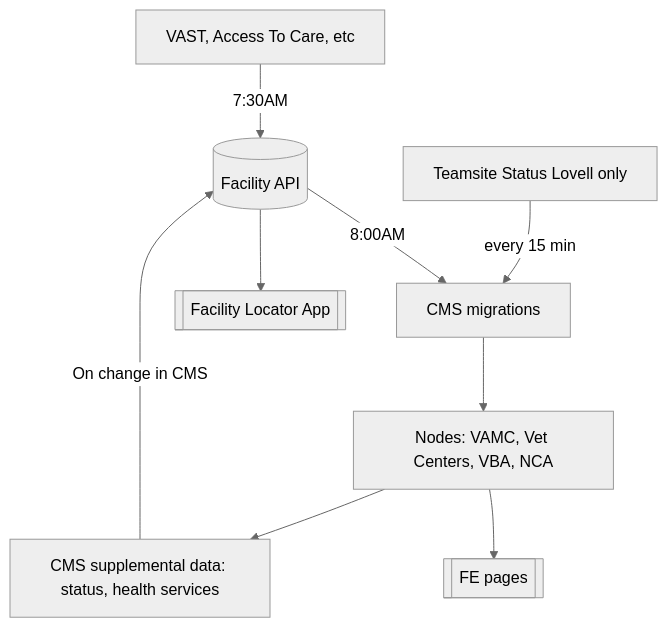
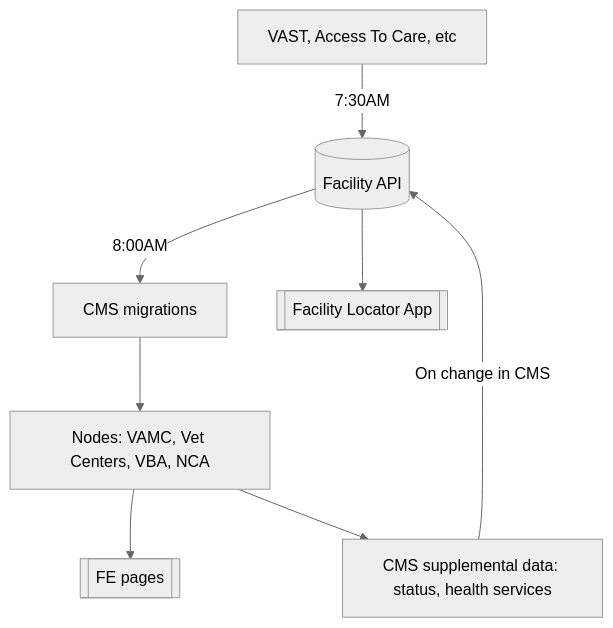
Before and after one commit to department-of-veterans-affairs/va.gov-cms: the diagram in READMES/migrations-facility.md, drawn with Mermaid (neutral theme). The commit also changed other lines of this file and 4 other files, not shown here.

````diff
--- a/READMES/migrations-facility.md
+++ b/READMES/migrations-facility.md
@@ -13,11 +12,10 @@
 ```mermaid
   graph TD;
     vast[VAST, Access To Care, etc]-- 7:30AM -->fapi;
     fapi[(Facility API)]-- 8:00AM -->migrations[CMS migrations];
     fapi-->fl[[Facility Locator App]];
-    teamsite[Teamsite Status Lovell only]-- every 15 min -->migrations;
     migrations-->nodes[Nodes: VAMC, Vet Centers, VBA, NCA];
     nodes-->FE[[FE pages]];
     nodes-->data
     data[CMS supplemental data: status, health services] -- On change in CMS -->fapi;
 ```
````
